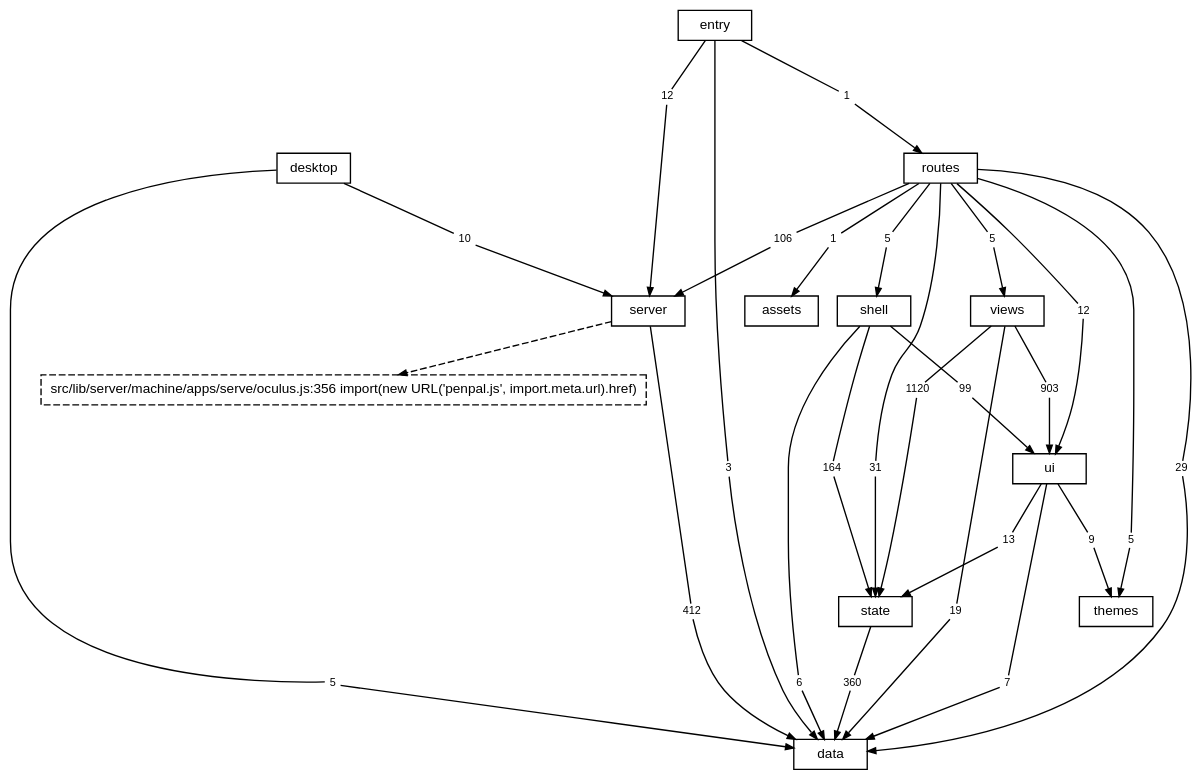
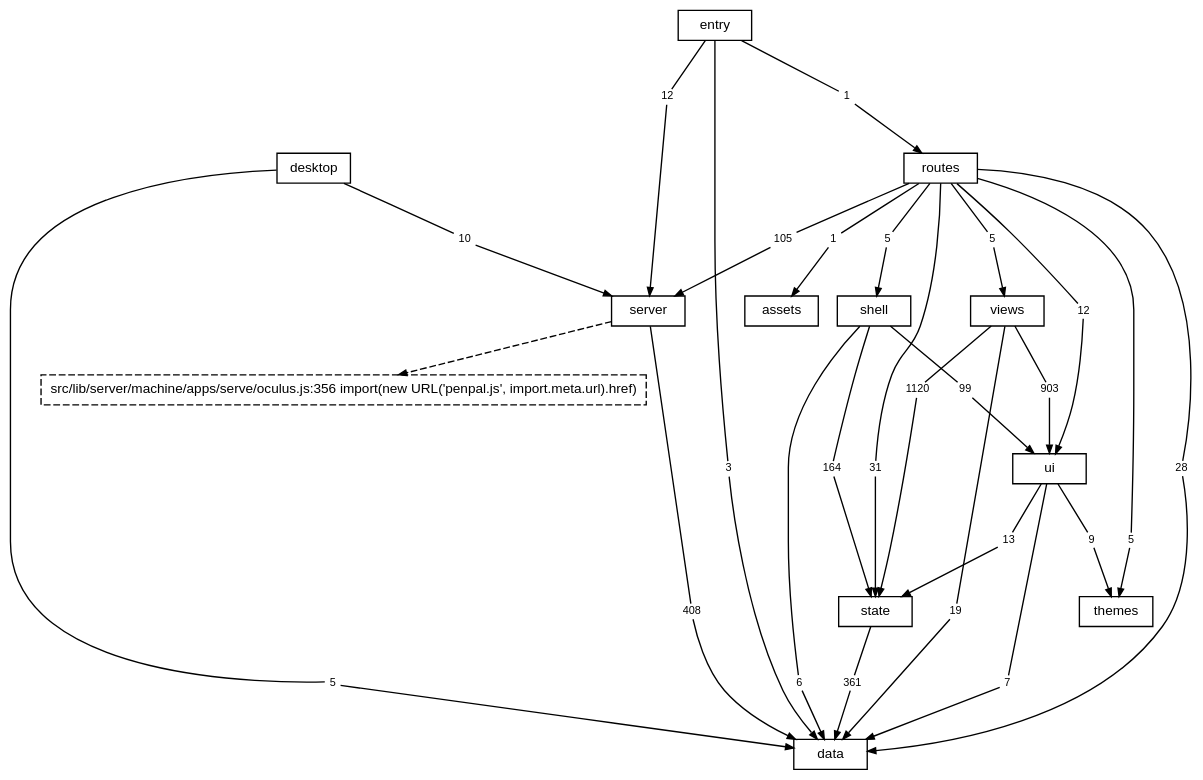
Before and after one commit to TheAxeC/oculus: the diagram in docs/diagrams/layers.dot, drawn with Graphviz. The commit also changed 109 other files, not shown here.

```diff
--- a/docs/diagrams/layers.dot
+++ b/docs/diagrams/layers.dot
@@ -1,90 +1,90 @@
 digraph layers {
     graph [bgcolor="transparent", rankdir=TB, newrank=true, fontname="Helvetica,Arial,sans-serif", fontsize=12, nodesep=0.2, ranksep=0.5];
     node [shape=box, color="black", fontcolor="black", fontname="Helvetica,Arial,sans-serif", fontsize=10, height=0.3, margin="0.12,0.04"];
     edge [color="black", fontcolor="black", fontname="Helvetica,Arial,sans-serif", fontsize=8, arrowsize=0.6];
     "data";
     "server";
     "state";
     "ui";
     "shell";
     "views";
     "themes";
     "routes";
     "desktop";
     "src" [label="entry"];
     "files: assets" [label="assets"];
     "? src/lib/server/machine/apps/serve/oculus.js:356" [label="src/lib/server/machine/apps/serve/oculus.js:356 import(new URL('penpal.js', import.meta.url).href)", style=dashed];
     "desktop to data" [label="5", shape=box, color="transparent", fontsize=8, width=0, height=0, margin="0.04,0.02"];
     "desktop" -> "desktop to data" [arrowhead=none];
     "desktop to data" -> "data" [];
     "desktop to server" [label="10", shape=box, color="transparent", fontsize=8, width=0, height=0, margin="0.04,0.02"];
     "desktop" -> "desktop to server" [arrowhead=none];
     "desktop to server" -> "server" [];
-    "routes to data" [label="29", shape=box, color="transparent", fontsize=8, width=0, height=0, margin="0.04,0.02"];
+    "routes to data" [label="28", shape=box, color="transparent", fontsize=8, width=0, height=0, margin="0.04,0.02"];
     "routes" -> "routes to data" [arrowhead=none];
     "routes to data" -> "data" [];
     "routes to files: assets" [label="1", shape=box, color="transparent", fontsize=8, width=0, height=0, margin="0.04,0.02"];
     "routes" -> "routes to files: assets" [arrowhead=none];
     "routes to files: assets" -> "files: assets" [];
-    "routes to server" [label="106", shape=box, color="transparent", fontsize=8, width=0, height=0, margin="0.04,0.02"];
+    "routes to server" [label="105", shape=box, color="transparent", fontsize=8, width=0, height=0, margin="0.04,0.02"];
     "routes" -> "routes to server" [arrowhead=none];
     "routes to server" -> "server" [];
     "routes to shell" [label="5", shape=box, color="transparent", fontsize=8, width=0, height=0, margin="0.04,0.02"];
     "routes" -> "routes to shell" [arrowhead=none];
     "routes to shell" -> "shell" [];
     "routes to state" [label="31", shape=box, color="transparent", fontsize=8, width=0, height=0, margin="0.04,0.02"];
     "routes" -> "routes to state" [arrowhead=none];
     "routes to state" -> "state" [];
     "routes to themes" [label="5", shape=box, color="transparent", fontsize=8, width=0, height=0, margin="0.04,0.02"];
     "routes" -> "routes to themes" [arrowhead=none];
     "routes to themes" -> "themes" [];
     "routes to ui" [label="12", shape=box, color="transparent", fontsize=8, width=0, height=0, margin="0.04,0.02"];
     "routes" -> "routes to ui" [arrowhead=none];
     "routes to ui" -> "ui" [];
     "routes to views" [label="5", shape=box, color="transparent", fontsize=8, width=0, height=0, margin="0.04,0.02"];
     "routes" -> "routes to views" [arrowhead=none];
     "routes to views" -> "views" [];
-    "server to data" [label="412", shape=box, color="transparent", fontsize=8, width=0, height=0, margin="0.04,0.02"];
+    "server to data" [label="408", shape=box, color="transparent", fontsize=8, width=0, height=0, margin="0.04,0.02"];
     "server" -> "server to data" [arrowhead=none];
     "server to data" -> "data" [];
     "shell to data" [label="6", shape=box, color="transparent", fontsize=8, width=0, height=0, margin="0.04,0.02"];
     "shell" -> "shell to data" [arrowhead=none];
     "shell to data" -> "data" [];
     "shell to state" [label="164", shape=box, color="transparent", fontsize=8, width=0, height=0, margin="0.04,0.02"];
     "shell" -> "shell to state" [arrowhead=none];
     "shell to state" -> "state" [];
     "shell to ui" [label="99", shape=box, color="transparent", fontsize=8, width=0, height=0, margin="0.04,0.02"];
     "shell" -> "shell to ui" [arrowhead=none];
     "shell to ui" -> "ui" [];
     "src to data" [label="3", shape=box, color="transparent", fontsize=8, width=0, height=0, margin="0.04,0.02"];
     "src" -> "src to data" [arrowhead=none];
     "src to data" -> "data" [];
     "src to routes" [label="1", shape=box, color="transparent", fontsize=8, width=0, height=0, margin="0.04,0.02"];
     "src" -> "src to routes" [arrowhead=none];
     "src to routes" -> "routes" [];
     "src to server" [label="12", shape=box, color="transparent", fontsize=8, width=0, height=0, margin="0.04,0.02"];
     "src" -> "src to server" [arrowhead=none];
     "src to server" -> "server" [];
-    "state to data" [label="360", shape=box, color="transparent", fontsize=8, width=0, height=0, margin="0.04,0.02"];
+    "state to data" [label="361", shape=box, color="transparent", fontsize=8, width=0, height=0, margin="0.04,0.02"];
     "state" -> "state to data" [arrowhead=none];
     "state to data" -> "data" [];
     "ui to data" [label="7", shape=box, color="transparent", fontsize=8, width=0, height=0, margin="0.04,0.02"];
     "ui" -> "ui to data" [arrowhead=none];
     "ui to data" -> "data" [];
     "ui to state" [label="13", shape=box, color="transparent", fontsize=8, width=0, height=0, margin="0.04,0.02"];
     "ui" -> "ui to state" [arrowhead=none];
     "ui to state" -> "state" [];
     "ui to themes" [label="9", shape=box, color="transparent", fontsize=8, width=0, height=0, margin="0.04,0.02"];
     "ui" -> "ui to themes" [arrowhead=none];
     "ui to themes" -> "themes" [];
     "views to data" [label="19", shape=box, color="transparent", fontsize=8, width=0, height=0, margin="0.04,0.02"];
     "views" -> "views to data" [arrowhead=none];
     "views to data" -> "data" [];
     "views to state" [label="1120", shape=box, color="transparent", fontsize=8, width=0, height=0, margin="0.04,0.02"];
     "views" -> "views to state" [arrowhead=none];
     "views to state" -> "state" [];
     "views to ui" [label="903", shape=box, color="transparent", fontsize=8, width=0, height=0, margin="0.04,0.02"];
     "views" -> "views to ui" [arrowhead=none];
     "views to ui" -> "ui" [];
     "server" -> "? src/lib/server/machine/apps/serve/oculus.js:356" [style=dashed];
 }
```
